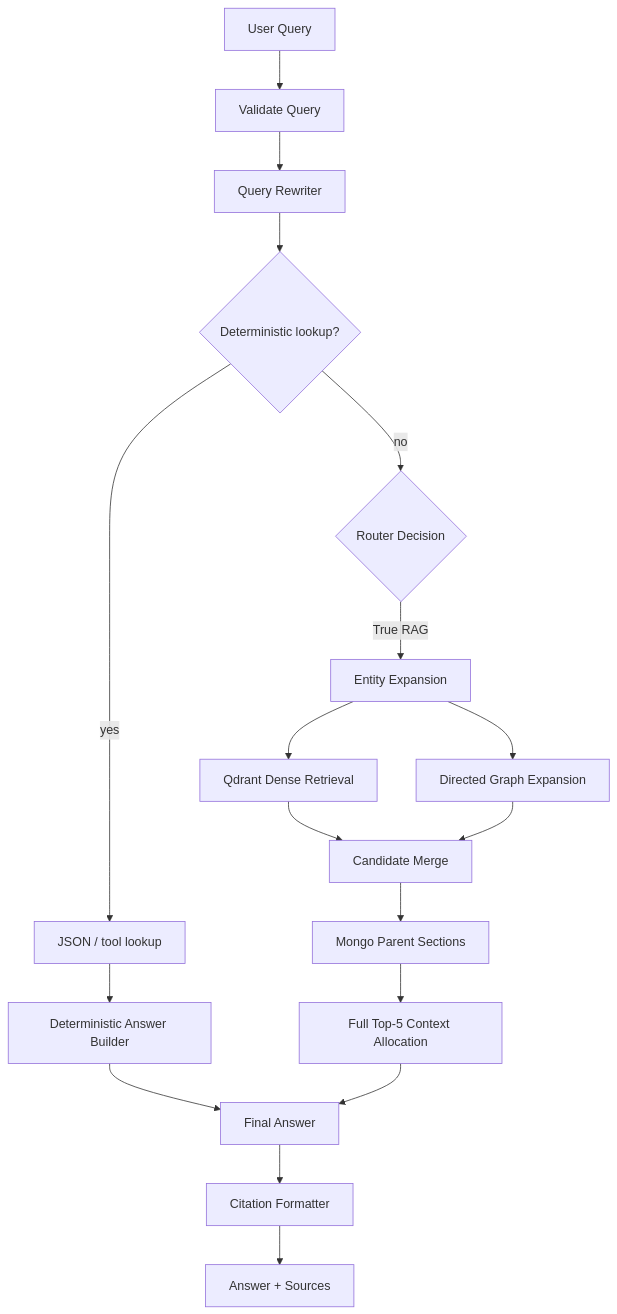
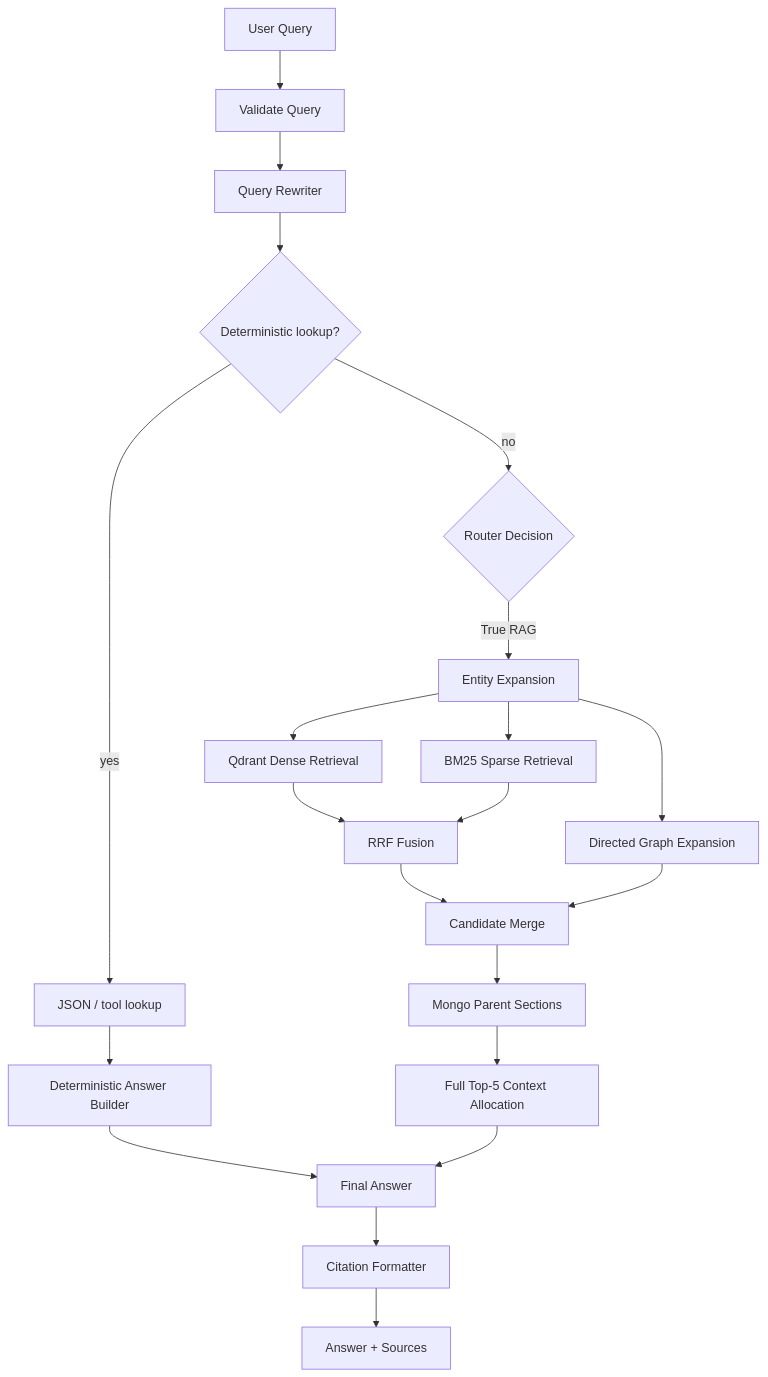
The second of 3 diagrams in README.md (AnhPhiNe/student-handbook-rag-chatbot), drawn with Mermaid before and after one commit. The commit also changed other lines of this file and 16 other files, not shown here.

Commit message:
feat: upgrade to Hybrid V8 Retrieval Architecture (BM25 + RRF)

````diff
--- a/README.md
+++ b/README.md
@@ -156,23 +159,26 @@
 ```mermaid
 flowchart TD
     Query["User Query"] --> Validate["Validate Query"]
     Validate --> Rewrite["Query Rewriter"]
     Rewrite --> Lookup{"Deterministic lookup?"}
 
     Lookup -->|yes| Structured["JSON / tool lookup"]
     Structured --> StructuredAnswer["Deterministic Answer Builder"]
 
     Lookup -->|no| Route{"Router Decision"}
     Route -->|True RAG| Expand["Entity Expansion"]
     Expand --> Vector["Qdrant Dense Retrieval"]
+    Expand --> Sparse["BM25 Sparse Retrieval"]
     Expand --> Graph["Directed Graph Expansion"]
-    Vector --> Merge["Candidate Merge"]
+    Vector --> RRF["RRF Fusion"]
+    Sparse --> RRF
+    RRF --> Merge["Candidate Merge"]
     Graph --> Merge
     Merge --> Parent["Mongo Parent Sections"]
     Parent --> Context["Full Top-5 Context Allocation"]
 
     StructuredAnswer --> Generate["Final Answer"]
     Context --> Generate
     Generate --> Cite["Citation Formatter"]
     Cite --> Output["Answer + Sources"]
 ```
````
